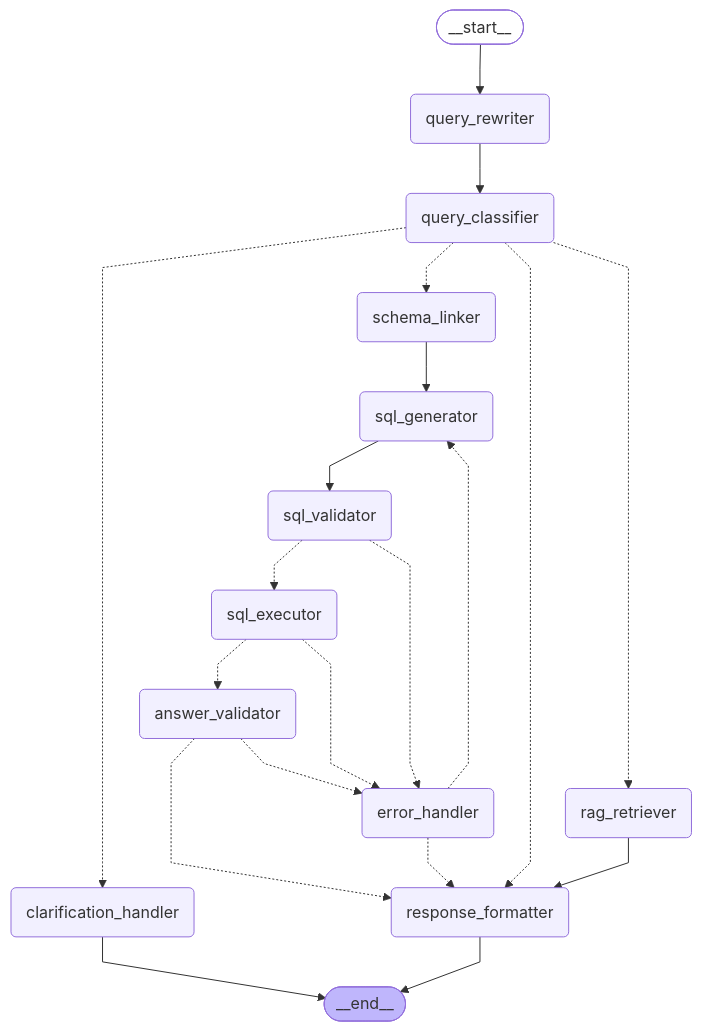
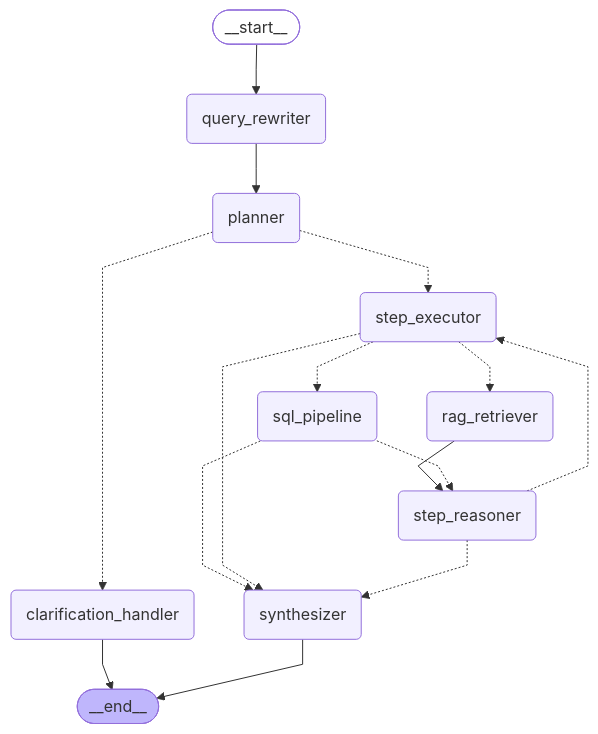
One commit to kaylanamira/itb-portofolio-agent changed the diagram in diagram/portfolio_graph.mermaid. Above: the diagram before and after it, drawn with Mermaid. The commit also changed 24 other files, not shown here.

Commit message:
refactor: implement react agent execution flow with structured planning and reasoning nodes

```diff
--- a/diagram/portfolio_graph.mermaid
+++ b/diagram/portfolio_graph.mermaid
@@ -1,41 +1,33 @@
 ---
 config:
   flowchart:
     curve: linear
 ---
 graph TD;
 	__start__([<p>__start__</p>]):::first
 	query_rewriter(query_rewriter)
-	query_classifier(query_classifier)
-	schema_linker(schema_linker)
-	sql_generator(sql_generator)
-	sql_validator(sql_validator)
-	sql_executor(sql_executor)
-	answer_validator(answer_validator)
-	response_formatter(response_formatter)
-	error_handler(error_handler)
+	planner(planner)
+	step_executor(step_executor)
+	sql_pipeline(sql_pipeline)
+	rag_retriever(rag_retriever)
+	step_reasoner(step_reasoner)
+	synthesizer(synthesizer)
 	clarification_handler(clarification_handler)
-	rag_retriever(rag_retriever)
 	__end__([<p>__end__</p>]):::last
 	__start__ --> query_rewriter;
-	answer_validator -.-> error_handler;
-	answer_validator -.-> response_formatter;
-	error_handler -.-> response_formatter;
-	error_handler -.-> sql_generator;
-	query_classifier -.-> clarification_handler;
-	query_classifier -.-> rag_retriever;
-	query_classifier -.-> response_formatter;
-	query_classifier -.-> schema_linker;
-	query_rewriter --> query_classifier;
-	rag_retriever --> response_formatter;
-	schema_linker --> sql_generator;
-	sql_executor -.-> answer_validator;
-	sql_executor -.-> error_handler;
-	sql_generator --> sql_validator;
-	sql_validator -.-> error_handler;
-	sql_validator -.-> sql_executor;
+	planner -.-> clarification_handler;
+	planner -.-> step_executor;
+	query_rewriter --> planner;
+	rag_retriever --> step_reasoner;
+	sql_pipeline -.-> step_reasoner;
+	sql_pipeline -.-> synthesizer;
+	step_executor -.-> rag_retriever;
+	step_executor -.-> sql_pipeline;
+	step_executor -.-> synthesizer;
+	step_reasoner -.-> step_executor;
+	step_reasoner -.-> synthesizer;
 	clarification_handler --> __end__;
-	response_formatter --> __end__;
+	synthesizer --> __end__;
 	classDef default fill:#f2f0ff,line-height:1.2
 	classDef first fill-opacity:0
 	classDef last fill:#bfb6fc
```
